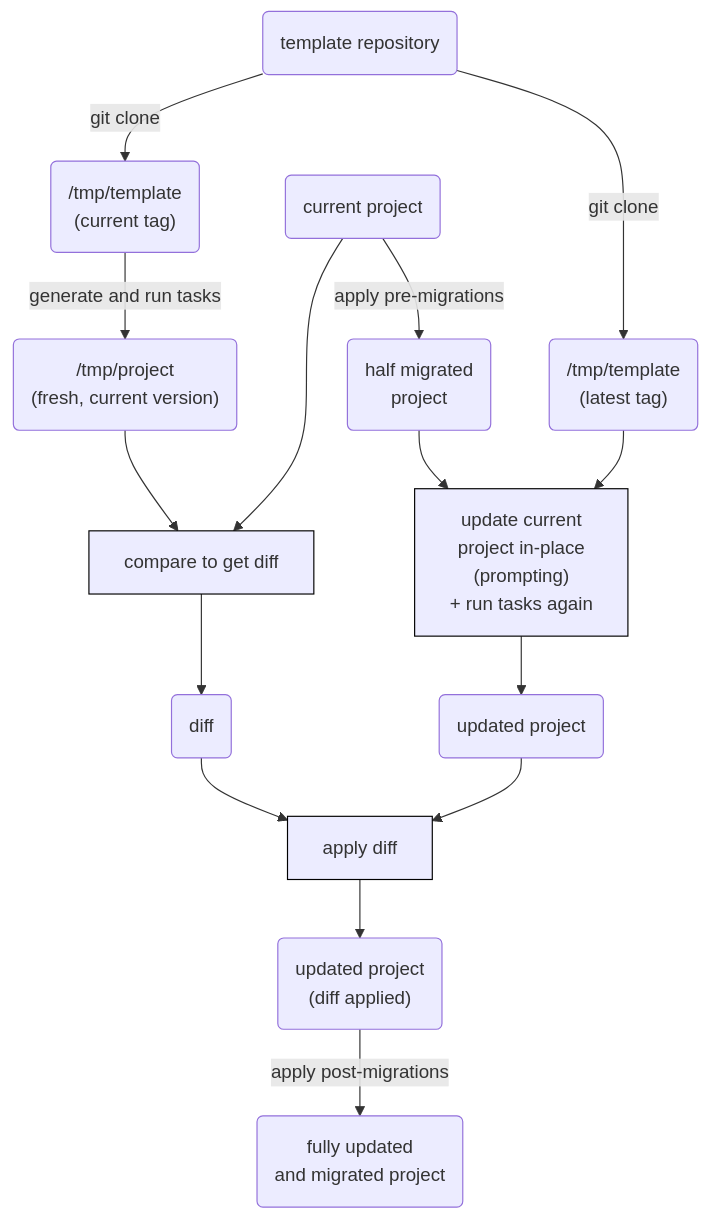
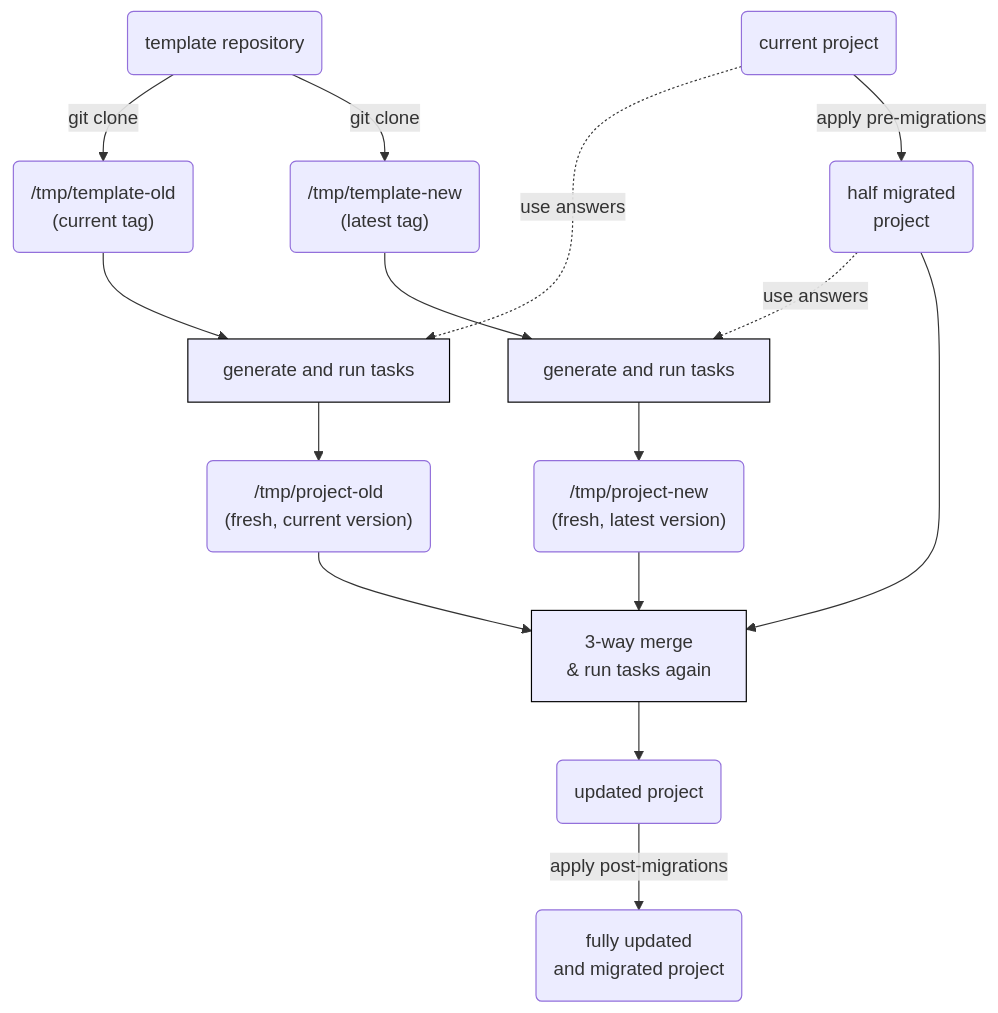
Before and after one commit to copier-org/copier: the diagram in docs/updating.md, drawn with Mermaid. The commit also changed other lines of this file and 11 other files, not shown here.

````diff
--- a/docs/updating.md
+++ b/docs/updating.md
@@ -149,42 +120,40 @@
 ```mermaid
 graph TD
 
 %% nodes ----------------------------------------------------------
 template_repo("template repository")
-template_current("/tmp/template<br>(current tag)")
-template_latest("/tmp/template<br>(latest tag)")
+template_current("/tmp/template-old<br>(current tag)")
+template_latest("/tmp/template-new<br>(latest tag)")
 
-project_regen("/tmp/project<br>(fresh, current version)")
+project_regen_current("/tmp/project-old<br>(fresh, current version)")
+project_regen_latest("/tmp/project-new<br>(fresh, latest version)")
 project_current("current project")
 project_half("half migrated<br>project")
 project_updated("updated project")
-project_applied("updated project<br>(diff applied)")
 project_full("fully updated<br>and migrated project")
 
-update["update current<br>project in-place<br>(prompting)<br>+ run tasks again"]
-compare["compare to get diff"]
-apply["apply diff"]
-
-diff("diff")
+update["3-way merge<br>& run tasks again"]
+regen_current["generate and run tasks"]
+regen_latest["generate and run tasks"]
 
 %% edges ----------------------------------------------------------
         template_repo --> |git clone| template_current
         template_repo --> |git clone| template_latest
 
-     template_current --> |generate and run tasks| project_regen
-      project_current --> compare
+     template_current --> regen_current
+      project_current .-> |use answers| regen_current
+        regen_current --> project_regen_current
+      template_latest --> regen_latest
+         regen_latest --> project_regen_latest
       project_current --> |apply pre-migrations| project_half
-        project_regen --> compare
+         project_half .-> |use answers| regen_latest
          project_half --> update
-      template_latest --> update
+project_regen_current --> update
+ project_regen_latest --> update
                update --> project_updated
-              compare --> diff
-                 diff --> apply
-      project_updated --> apply
-                apply --> project_applied
-      project_applied --> |apply post-migrations| project_full
+      project_updated --> |apply post-migrations| project_full
 
 %% style ----------------------------------------------------------
 classDef blackborder stroke:#000;
-class compare,update,apply blackborder;
+class regen_current,regen_latest,update blackborder;
 ```
````
